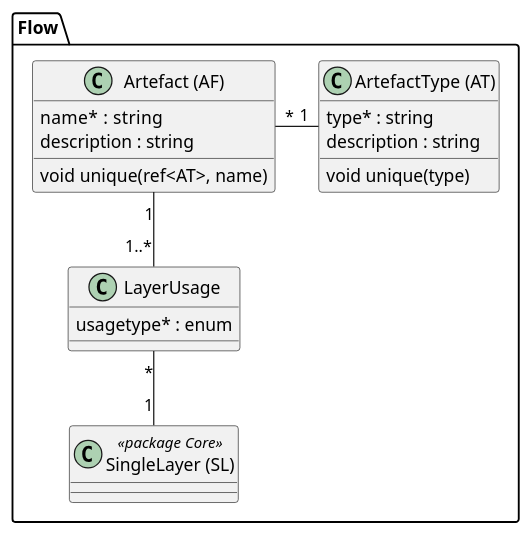
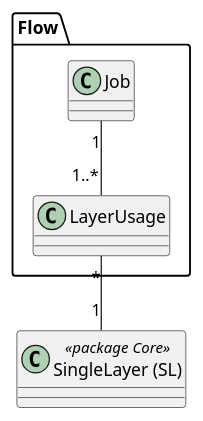
Before and after one commit to simi-so/mm: the diagram in puml/src/simi_flow.puml, drawn with PlantUML. The commit also changed 14 other files, not shown here.

```diff
--- a/puml/src/simi_flow.puml
+++ b/puml/src/simi_flow.puml
@@ -1,27 +1,11 @@
 @startuml
+class "SingleLayer (SL)" as sl << package Core >>
+
 package Flow {
+  class "Job" as job
+  class "LayerUsage" as lu
+}
 
-  class "SingleLayer (SL)" as sl << package Core >> {
-  }
-
-  class "Artefact (AF)" as af {
-  	name*  : string
-    description : string
-    void unique(ref<AT>, name)
-  }
-
-  class "ArtefactType (AT)" as at {
-  	type* : string
-    description : string
-    void unique(type)
-  }
-
-  class "LayerUsage" as lu {
-  	usagetype* : enum
-  }
-
-  af "*" -right- "1" at
-  af "1" -- "1..*" lu
-  lu "*" -- "1" sl
-}
+job "1" -- "1..*" lu
+lu "*" -- "1" sl
 @enduml
```
